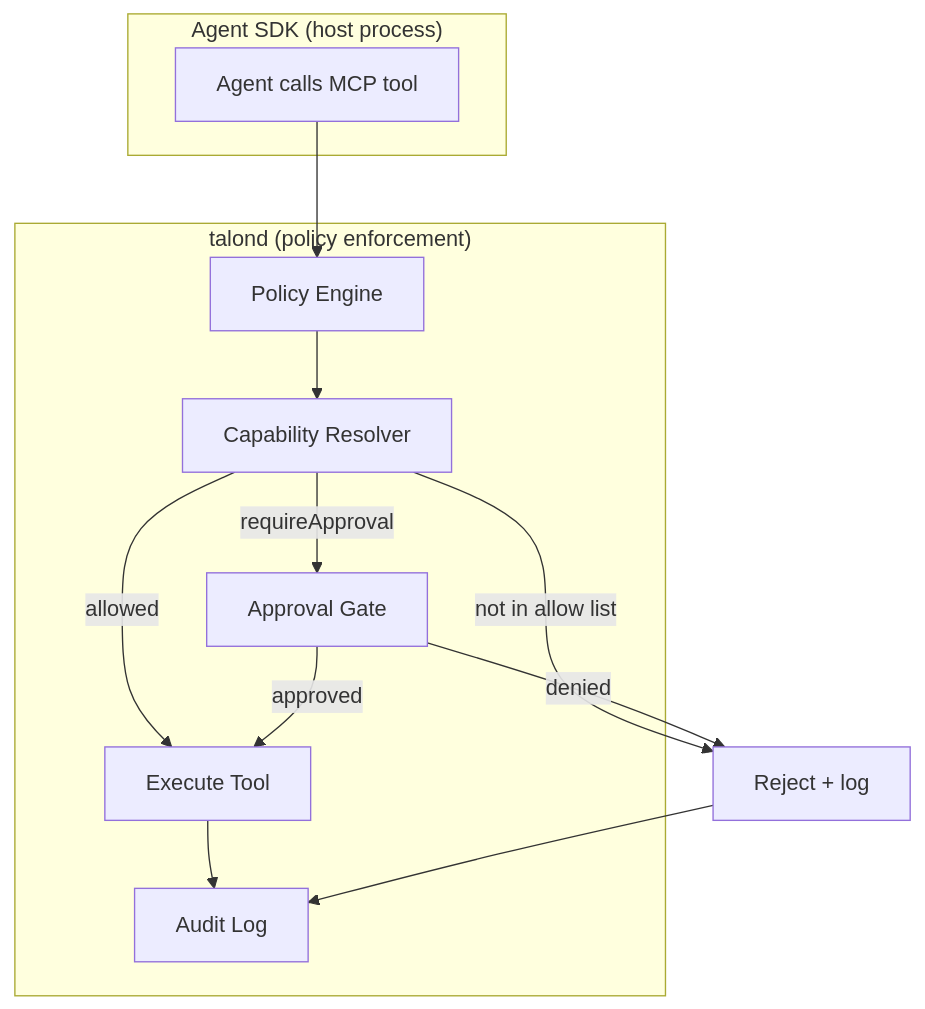
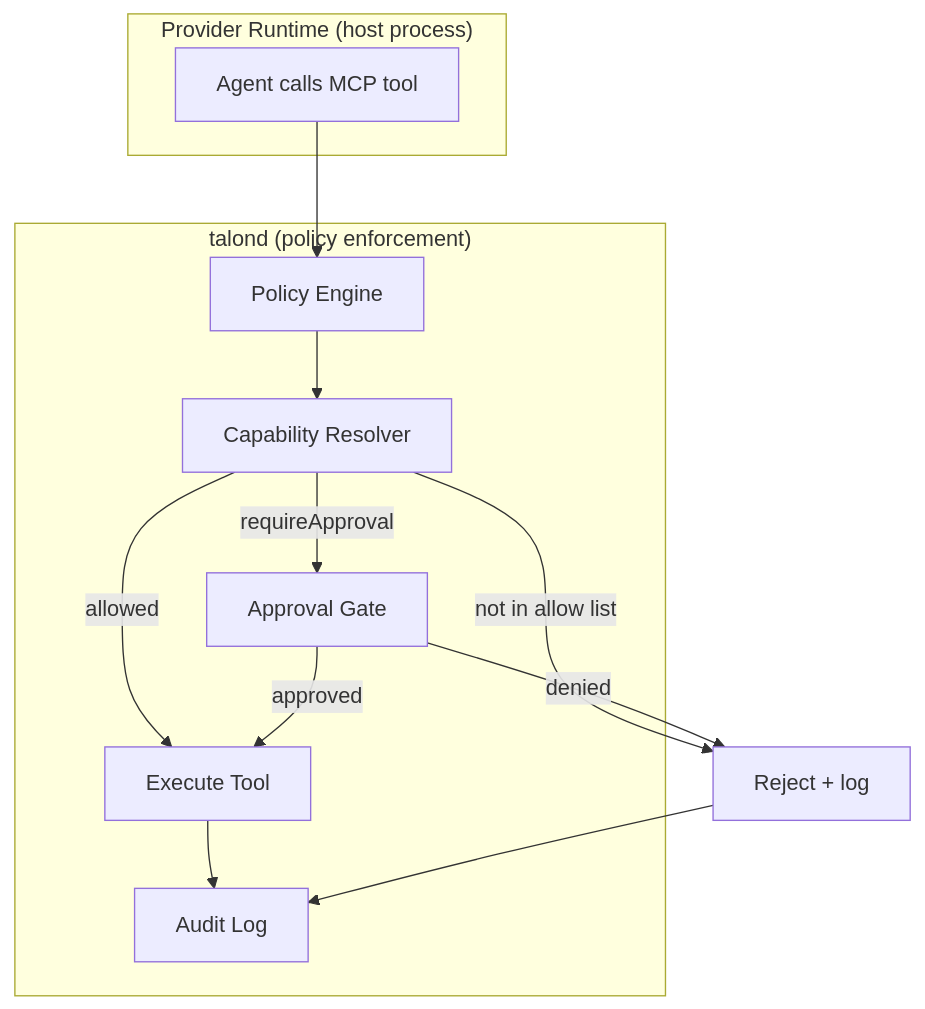
One commit to ivo-toby/talon changed the fourth of 5 diagrams in README.md. Above: the diagram before and after it, drawn with Mermaid. The commit also changed other lines of this file and 6 other files, not shown here.

````diff
--- a/README.md
+++ b/README.md
@@ -1260,24 +1279,24 @@
 ```mermaid
 flowchart TB
-    subgraph "Agent SDK (host process)"
+    subgraph "Provider Runtime (host process)"
         Agent["Agent calls MCP tool"]
     end
 
     subgraph "talond (policy enforcement)"
         PR[Policy Engine]
         CR[Capability Resolver]
         AG[Approval Gate]
         EX[Execute Tool]
         AU[Audit Log]
     end
 
     Agent --> PR
     PR --> CR
     CR -->|not in allow list| R[Reject + log]
     CR -->|allowed| EX
     CR -->|requireApproval| AG
     AG -->|approved| EX
     AG -->|denied| R
     EX --> AU
     R --> AU
 ```
````
